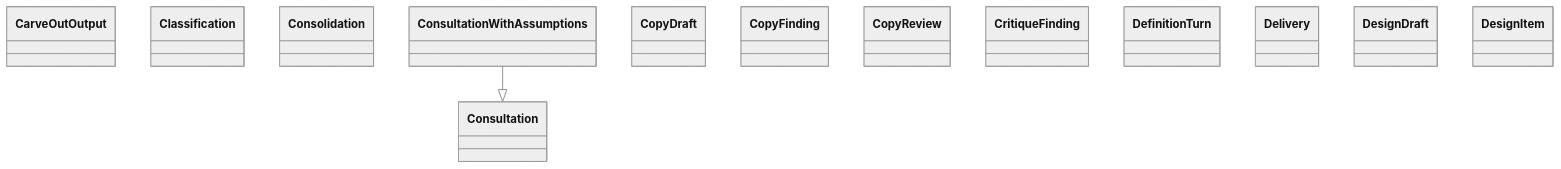
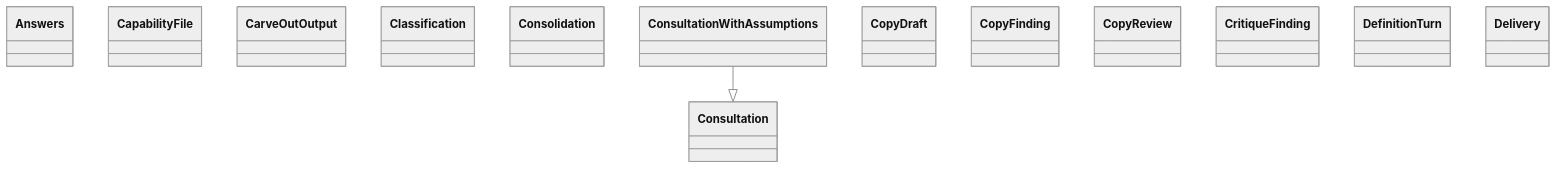
One commit to GonzaloZevallos/agentic-system changed the diagram in docs/architecture/generated/classes-process-domain-roles-2.md. Above: the diagram before and after it, drawn with Mermaid (neutral theme). The commit also changed other lines of this file and 4 other files, not shown here.

Commit message:
Regenerate the architecture diagrams: the interviewer role's schema changed

````diff
--- a/docs/architecture/generated/classes-process-domain-roles-2.md
+++ b/docs/architecture/generated/classes-process-domain-roles-2.md
@@ -30,17 +30,17 @@
 ```mermaid
 classDiagram
+    class schemas__Answers["Answers"]
+    class schemas__CapabilityFile["CapabilityFile"]
     class schemas__CarveOutOutput["CarveOutOutput"]
     class schemas__Classification["Classification"]
     class schemas__Consolidation["Consolidation"]
     class schemas__Consultation["Consultation"]
     class schemas__ConsultationWithAssumptions["ConsultationWithAssumptions"]
     class schemas__CopyDraft["CopyDraft"]
     class schemas__CopyFinding["CopyFinding"]
     class schemas__CopyReview["CopyReview"]
     class schemas__CritiqueFinding["CritiqueFinding"]
     class schemas__DefinitionTurn["DefinitionTurn"]
     class schemas__Delivery["Delivery"]
-    class schemas__DesignDraft["DesignDraft"]
-    class schemas__DesignItem["DesignItem"]
     schemas__ConsultationWithAssumptions --|> schemas__Consultation
 ```
````
